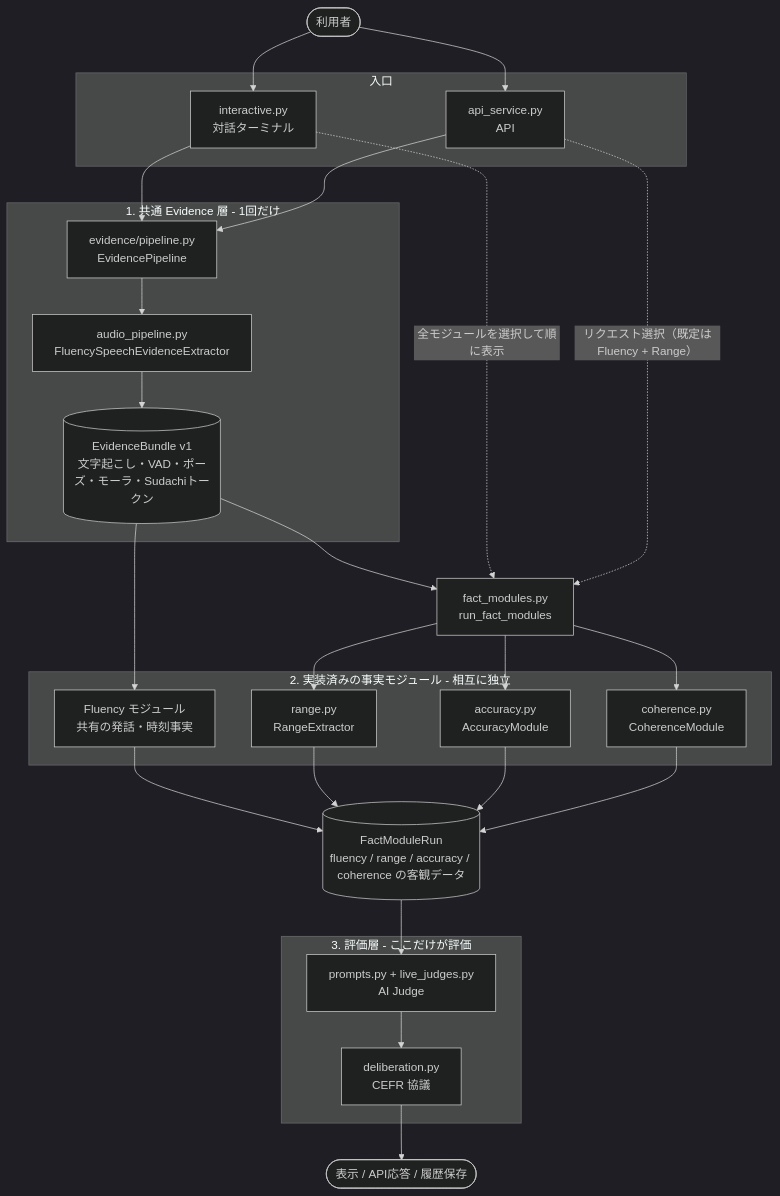
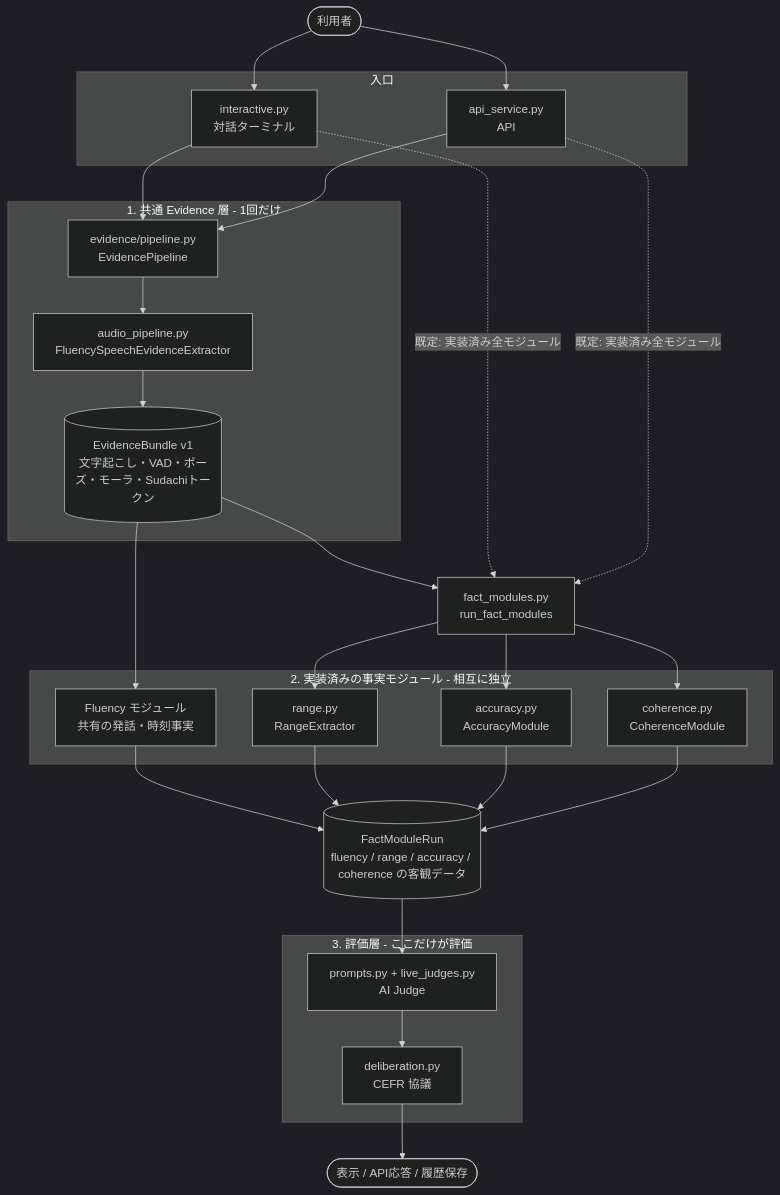
One commit to nanonigit/japanese-speech-analysis changed the diagram in docs/current-fact-module-flow.mmd. Above: the diagram before and after it, drawn with Mermaid (dark theme). The commit also changed 14 other files, not shown here.

```diff
--- a/docs/current-fact-module-flow.mmd
+++ b/docs/current-fact-module-flow.mmd
@@ -1,49 +1,49 @@
 flowchart TB
     User([利用者])
 
     subgraph Entry[入口]
         Terminal[interactive.py<br/>対話ターミナル]
         API[api_service.py<br/>API]
     end
 
     subgraph Shared[1. 共通 Evidence 層 - 1回だけ]
         Evidence[evidence/pipeline.py<br/>EvidencePipeline]
         Audio[audio_pipeline.py<br/>FluencySpeechEvidenceExtractor]
         Bundle[(EvidenceBundle v1<br/>文字起こし・VAD・ポーズ・モーラ・Sudachiトークン)]
         Evidence --> Audio --> Bundle
     end
 
     subgraph Facts[2. 実装済みの事実モジュール - 相互に独立]
         Fluency[Fluency モジュール<br/>共有の発話・時刻事実]
         Range[range.py<br/>RangeExtractor]
         Accuracy[accuracy.py<br/>AccuracyModule]
         Coherence[coherence.py<br/>CoherenceModule]
     end
 
     Runner[fact_modules.py<br/>run_fact_modules]
     Packets[(FactModuleRun<br/>fluency / range / accuracy / coherence の客観データ)]
 
     subgraph Evaluation[3. 評価層 - ここだけが評価]
         Judge[prompts.py + live_judges.py<br/>AI Judge]
         Delib[deliberation.py<br/>CEFR 協議]
     end
 
     Output([表示 / API応答 / 履歴保存])
 
     User --> Terminal
     User --> API
     Terminal --> Evidence
     API --> Evidence
     Bundle --> Fluency
     Bundle --> Runner
     Runner --> Range
     Runner --> Accuracy
     Runner --> Coherence
     Fluency --> Packets
     Range --> Packets
     Accuracy --> Packets
     Coherence --> Packets
     Packets --> Judge --> Delib --> Output
 
-    Terminal -. "全モジュールを選択して順に表示" .-> Runner
-    API -. "リクエスト選択（既定はFluency + Range）" .-> Runner
+    Terminal -. "既定: 実装済み全モジュール" .-> Runner
+    API -. "既定: 実装済み全モジュール" .-> Runner
```
